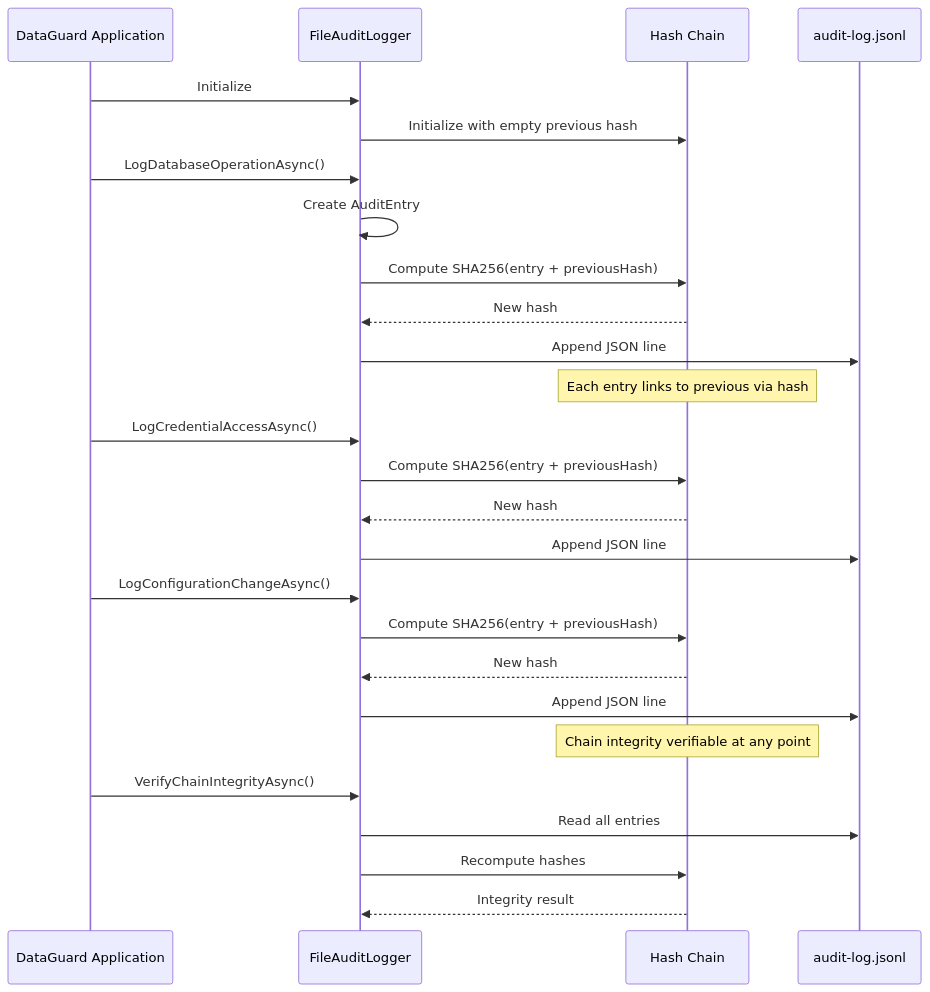
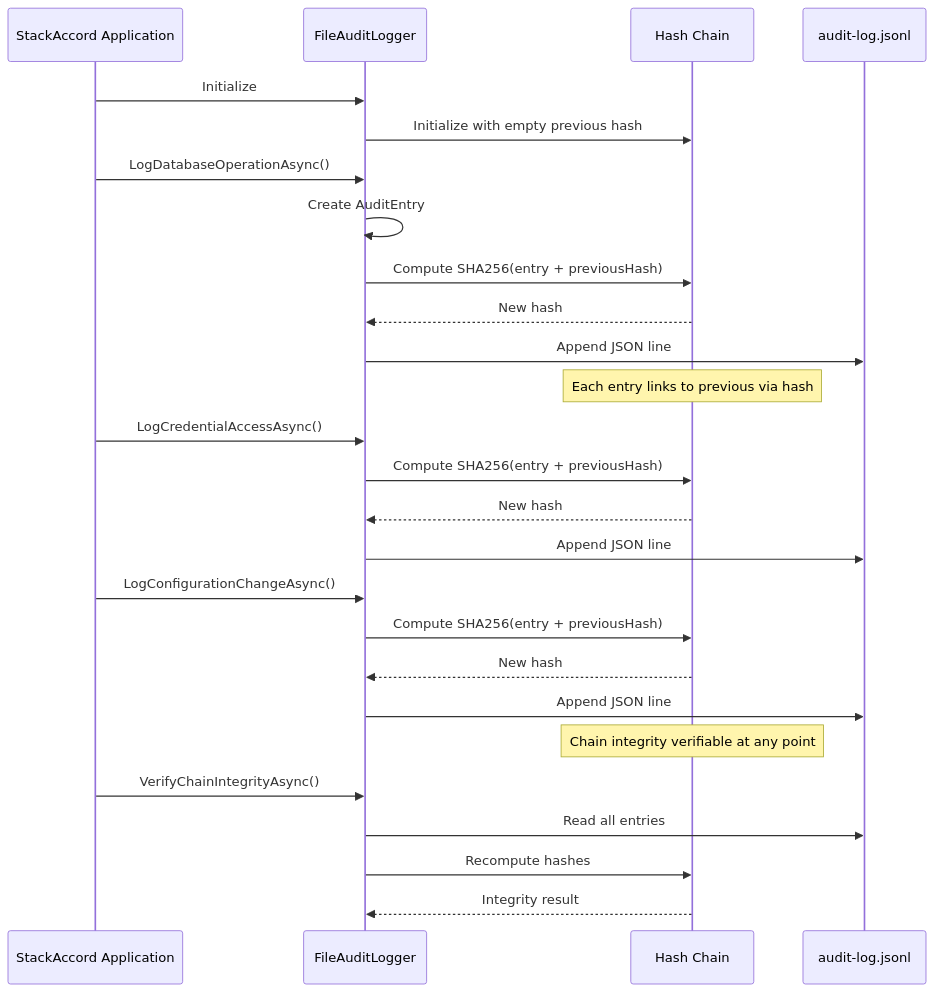
Before and after one commit to thanhnt-sm/eco_support_net_oracle: the sixth of 6 diagrams in docs/04-diagrams/component-lifecycle.md, drawn with Mermaid. The commit also changed other lines of this file and 115 other files, not shown here.

Commit message:
fix(branding): align StackAccord docs and release copy

````diff
--- a/docs/04-diagrams/component-lifecycle.md
+++ b/docs/04-diagrams/component-lifecycle.md
@@ -266,34 +266,34 @@
 ```mermaid
 sequenceDiagram
-    participant App as DataGuard Application
+    participant App as StackAccord Application
     participant Logger as FileAuditLogger
     participant Chain as Hash Chain
     participant FS as audit-log.jsonl
 
     App->>Logger: Initialize
     Logger->>Chain: Initialize with empty previous hash
     
     App->>Logger: LogDatabaseOperationAsync()
     Logger->>Logger: Create AuditEntry
     Logger->>Chain: Compute SHA256(entry + previousHash)
     Chain-->>Logger: New hash
     Logger->>FS: Append JSON line
     Note over Chain: Each entry links to previous via hash
     
     App->>Logger: LogCredentialAccessAsync()
     Logger->>Chain: Compute SHA256(entry + previousHash)
     Chain-->>Logger: New hash
     Logger->>FS: Append JSON line
     
     App->>Logger: LogConfigurationChangeAsync()
     Logger->>Chain: Compute SHA256(entry + previousHash)
     Chain-->>Logger: New hash
     Logger->>FS: Append JSON line
     
     Note over Chain: Chain integrity verifiable at any point
     
     App->>Logger: VerifyChainIntegrityAsync()
     Logger->>FS: Read all entries
     Logger->>Chain: Recompute hashes
     Chain-->>Logger: Integrity result
 ```
````
